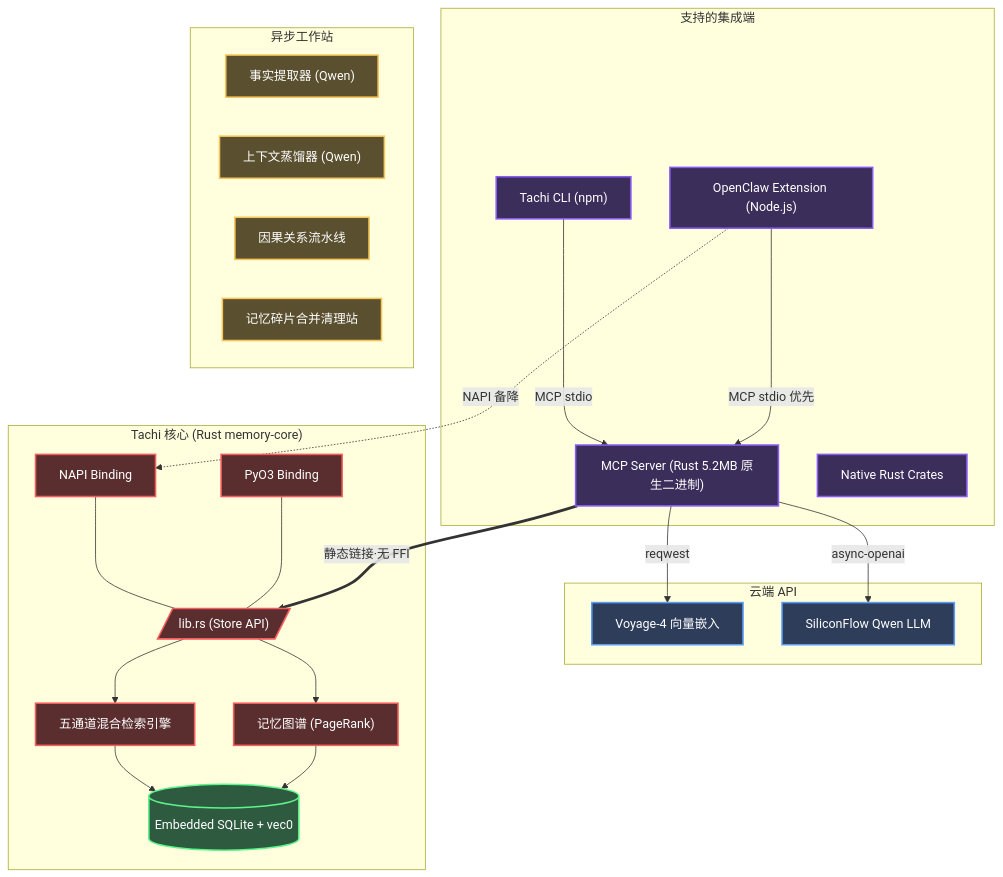
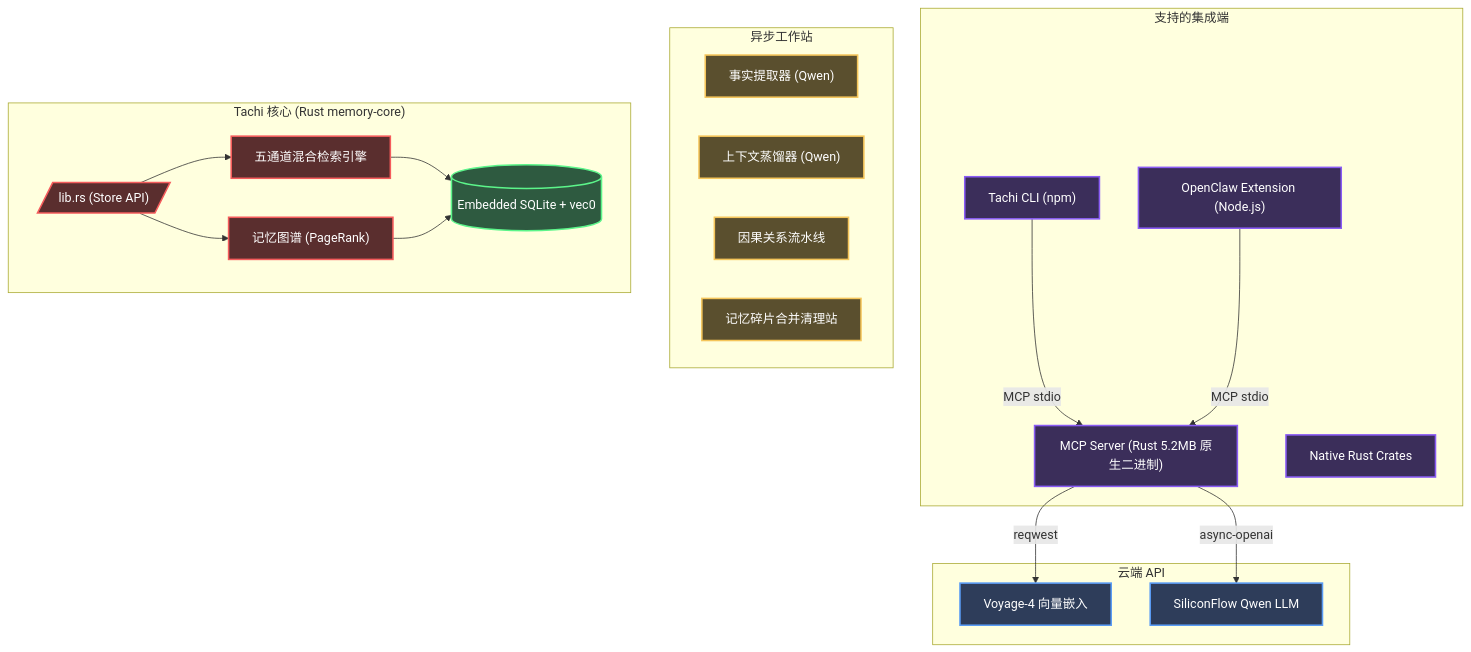
One commit to kckylechen1/Tachi changed the diagram in README.zh-CN.md. Above: the diagram before and after it, drawn with Mermaid. The commit also changed other lines of this file and 9 other files, not shown here.

Commit message:
chore: modernize CI and simplify OpenClaw MCP-only docs/install flow

````diff
--- a/README.zh-CN.md
+++ b/README.zh-CN.md
@@ -233,54 +233,48 @@
 ```mermaid
 graph TD
     subgraph Clients["支持的集成端"]
         CLI["Tachi CLI (npm)"]
         RMCP["MCP Server (Rust 5.2MB 原生二进制)"]
         OC["OpenClaw Extension (Node.js)"]
         NATIVE["Native Rust Crates"]
     end
 
     subgraph Cloud["云端 API"]
         VOYAGE["Voyage-4 向量嵌入"]
         SILICON["SiliconFlow Qwen LLM"]
     end
 
     subgraph Operations["异步工作站"]
         EXTRACT["事实提取器 (Qwen)"]
         DISTILL["上下文蒸馏器 (Qwen)"]
         CAUSAL["因果关系流水线"]
         CONSOLIDATE["记忆碎片合并清理站"]
     end
 
     subgraph Core["Tachi 核心 (Rust memory-core)"]
-        NAPI["NAPI Binding"]
-        PYO3["PyO3 Binding"]
-
-        NAPI --- LIB[/"lib.rs (Store API)"/]
-        PYO3 --- LIB
+        LIB[/"lib.rs (Store API)"/]
 
         LIB --> SEARCH["五通道混合检索引擎"]
         LIB --> GRAPH["记忆图谱 (PageRank)"]
 
         SEARCH --> SQLITE[("Embedded SQLite + vec0")]
         GRAPH --> SQLITE
     end
 
-    RMCP ==>|"静态链接·无 FFI"| LIB
     RMCP -->|"reqwest"| VOYAGE
     RMCP -->|"async-openai"| SILICON
     CLI -->|"MCP stdio"| RMCP
-    OC -->|"MCP stdio 优先"| RMCP
-    OC -.->|"NAPI 备降"| NAPI
+    OC -->|"MCP stdio"| RMCP
 
     classDef client fill:#3b2e5a,stroke:#8a5cf5,stroke-width:2px,color:#fff;
     classDef cloud fill:#2e3d5a,stroke:#5a9cf5,stroke-width:2px,color:#fff;
     classDef worker fill:#5a4f2e,stroke:#f5c55a,stroke-width:2px,color:#fff;
     classDef rust fill:#5a2e2e,stroke:#f55c5c,stroke-width:2px,color:#fff;
     classDef db fill:#2e5a40,stroke:#5cf58a,stroke-width:2px,color:#fff;
 
     class CLI,RMCP,OC,NATIVE client;
     class VOYAGE,SILICON cloud;
     class EXTRACT,DISTILL,CAUSAL,CONSOLIDATE worker;
-    class NAPI,PYO3,LIB,SEARCH,GRAPH rust;
+    class LIB,SEARCH,GRAPH rust;
     class SQLITE db;
 ```
````
